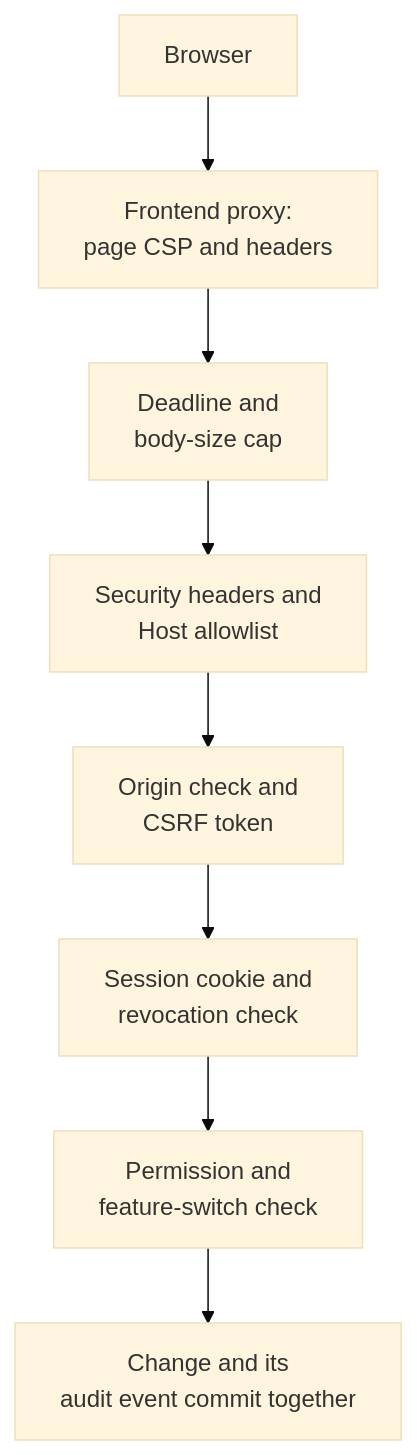
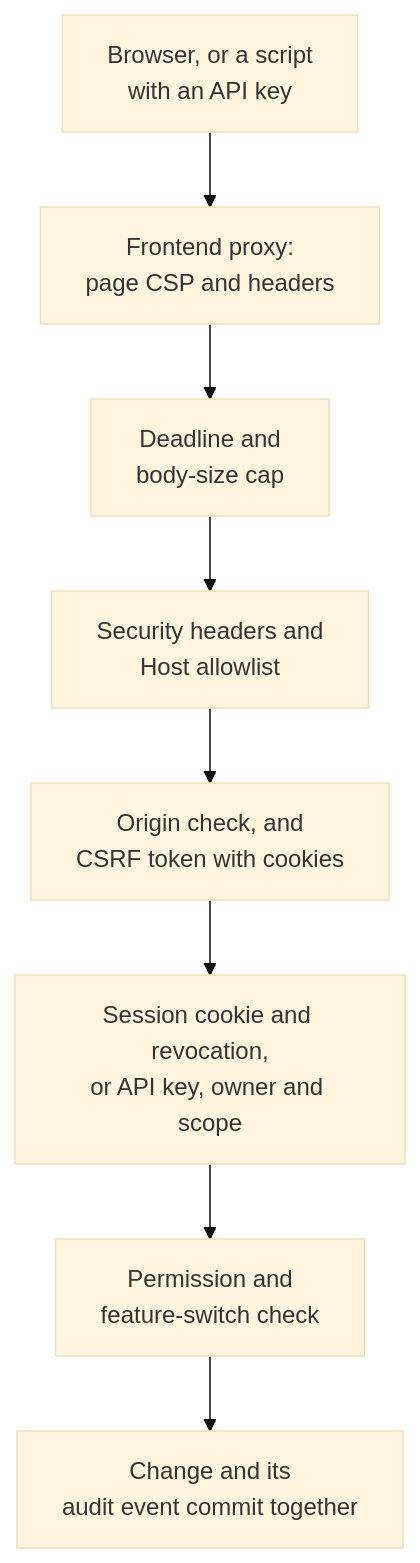
Before and after one commit to rkrumins/dataviz: the diagram in docs/SECURITY_OVERVIEW.md, drawn with Mermaid (base theme). The commit also changed other lines of this file and 18 other files, not shown here.

````diff
--- a/docs/SECURITY_OVERVIEW.md
+++ b/docs/SECURITY_OVERVIEW.md
@@ -40,10 +40,10 @@
 ```mermaid
 flowchart TB
-    A["Browser"] --> B["Frontend proxy:<br/>page CSP and headers"]
+    A["Browser, or a script<br/>with an API key"] --> B["Frontend proxy:<br/>page CSP and headers"]
     B --> C["Deadline and<br/>body-size cap"]
     C --> D["Security headers and<br/>Host allowlist"]
-    D --> E["Origin check and<br/>CSRF token"]
-    E --> F["Session cookie and<br/>revocation check"]
+    D --> E["Origin check, and<br/>CSRF token with cookies"]
+    E --> F["Session cookie and revocation,<br/>or API key, owner and scope"]
     F --> G["Permission and<br/>feature-switch check"]
     G --> H["Change and its<br/>audit event commit together"]
 ```
````
